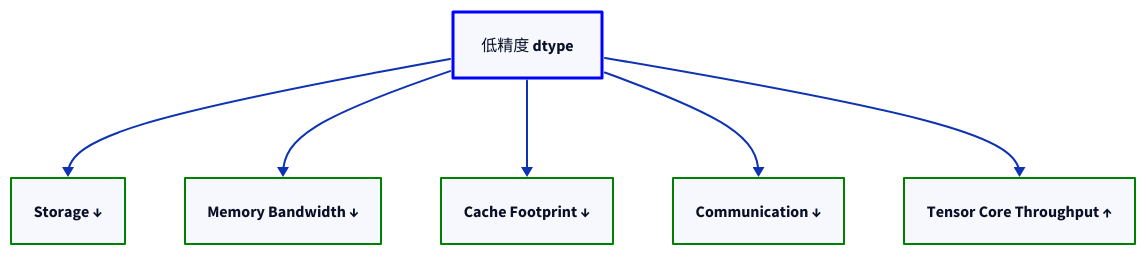
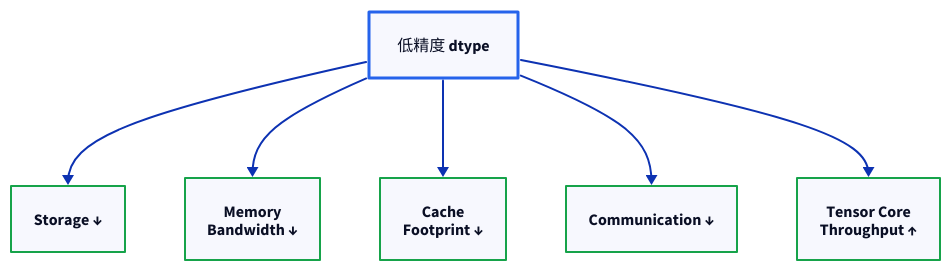
The diagram in images/ieee754-to-bf16/low-precision-benefits.d2 (111qqz/111qqz.github.io), drawn with D2 before and after one commit. The commit also changed 71 other files, not shown here.

Commit message:
feat(diagrams): 处理 40-60% 中危配图，拆分 Overcommit 长链路并统一纵向/分阶段标准 111qqz/hugo-blog@6840c12ec7ae768c5e458013c75df5e0ce0c43e6

```diff
--- a/images/ieee754-to-bf16/low-precision-benefits.d2
+++ b/images/ieee754-to-bf16/low-precision-benefits.d2
@@ -1,19 +1,19 @@
 direction: down
 
 LP: "低精度 dtype" {
   style.bold: true
   style.stroke-width: 3
-  style.stroke: blue
+  style.stroke: "#2563eb"
 }
 
-S: "Storage ↓" { style.stroke: green }
-BW: "Memory Bandwidth ↓" { style.stroke: green }
-CF: "Cache Footprint ↓" { style.stroke: green }
-CM: "Communication ↓" { style.stroke: green }
-TP: "Tensor Core Throughput ↑" { style.stroke: green }
+S: "Storage ↓" { style.stroke: "#16a34a" }
+BW: "Memory\nBandwidth ↓" { style.stroke: "#16a34a" }
+CF: "Cache\nFootprint ↓" { style.stroke: "#16a34a" }
+CM: "Communication ↓" { style.stroke: "#16a34a" }
+TP: "Tensor Core\nThroughput ↑" { style.stroke: "#16a34a" }
 
 LP -> S
 LP -> BW
 LP -> CF
 LP -> CM
 LP -> TP
```
